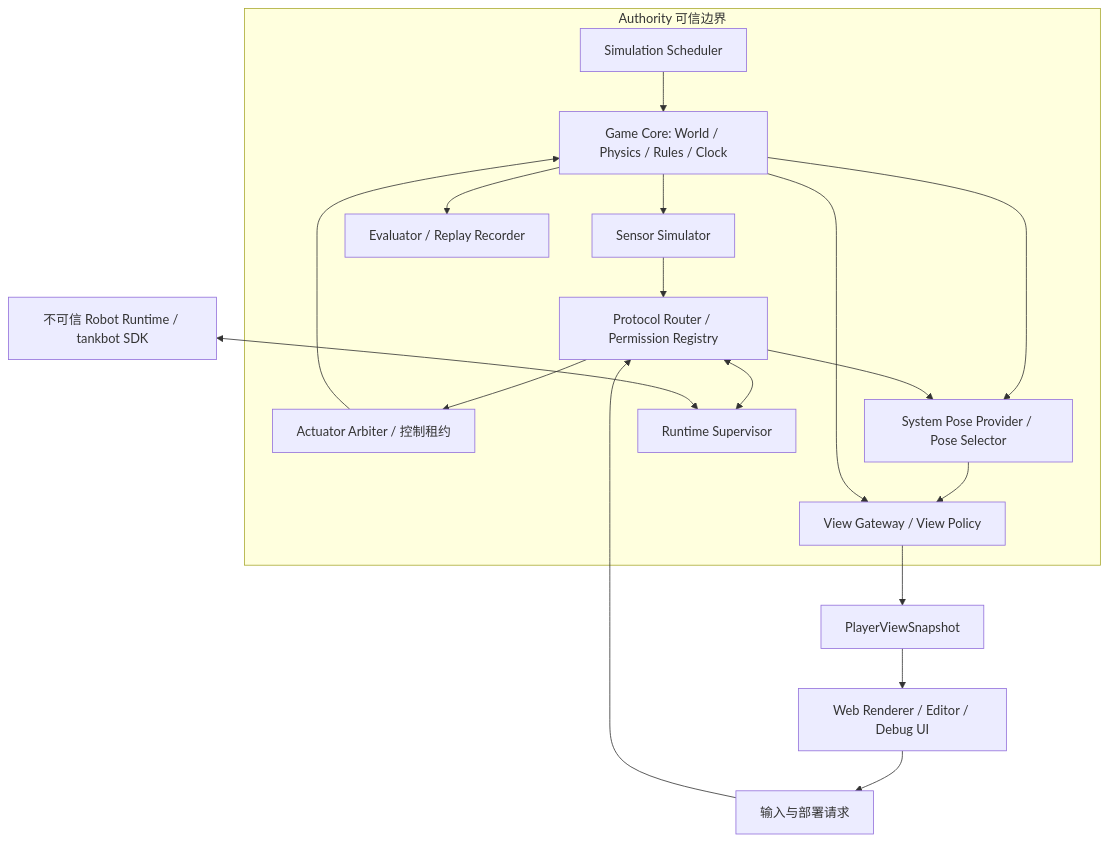
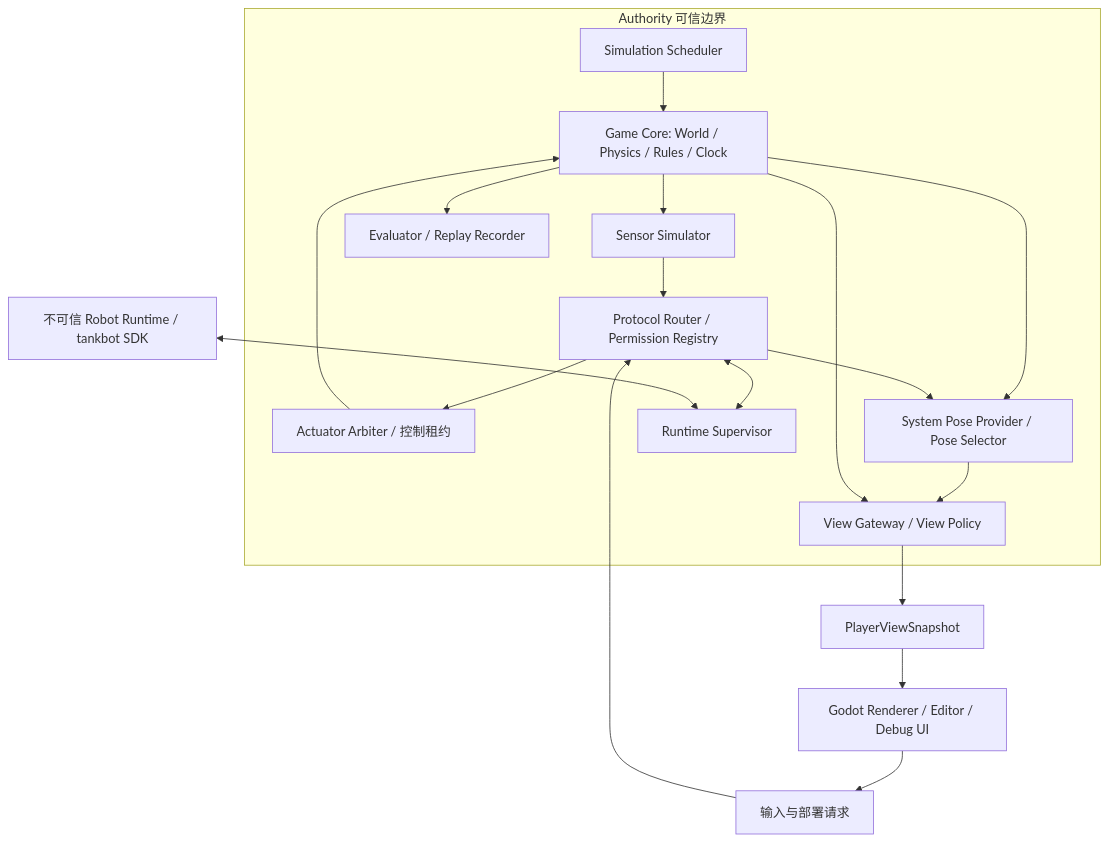
The diagram in docs/02_SYSTEM_ARCHITECTURE.md (Yangyongyu0506/TankBot), drawn with Mermaid before and after one commit. The commit also changed other lines of this file and 177 other files, not shown here.

````diff
--- a/docs/02_SYSTEM_ARCHITECTURE.md
+++ b/docs/02_SYSTEM_ARCHITECTURE.md
@@ -11,30 +11,30 @@
 ```mermaid
 flowchart TB
     subgraph Authority[Authority 可信边界]
       CORE[Game Core: World / Physics / Rules / Clock]
       SENSOR[Sensor Simulator]
       SCHED[Simulation Scheduler]
       BROKER[Protocol Router / Permission Registry]
       ARB[Actuator Arbiter / 控制租约]
       POSE[System Pose Provider / Pose Selector]
       VIEW[View Gateway / View Policy]
       EVAL[Evaluator / Replay Recorder]
       SUP[Runtime Supervisor]
       CORE --> SENSOR
       CORE --> POSE
       CORE --> EVAL
       SCHED --> CORE
       SENSOR --> BROKER
       BROKER --> POSE
       POSE --> VIEW
       CORE --> VIEW
       BROKER <--> SUP
       BROKER --> ARB
       ARB --> CORE
     end
     PY[不可信 Robot Runtime / tankbot SDK] <--> SUP
     VIEW --> DTO[PlayerViewSnapshot]
-    DTO --> UI[Web Renderer / Editor / Debug UI]
+    DTO --> UI[Godot Renderer / Editor / Debug UI]
     UI --> INTENT[输入与部署请求]
     INTENT --> BROKER
 ```
````
